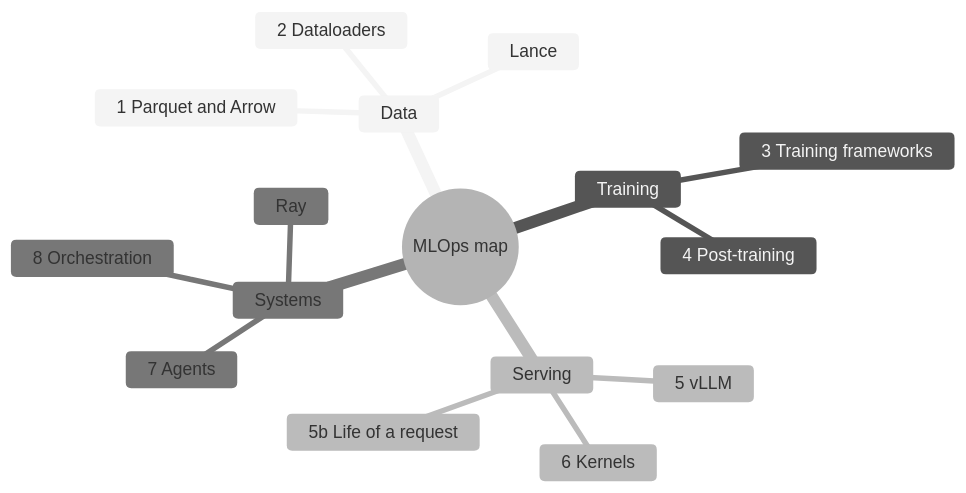
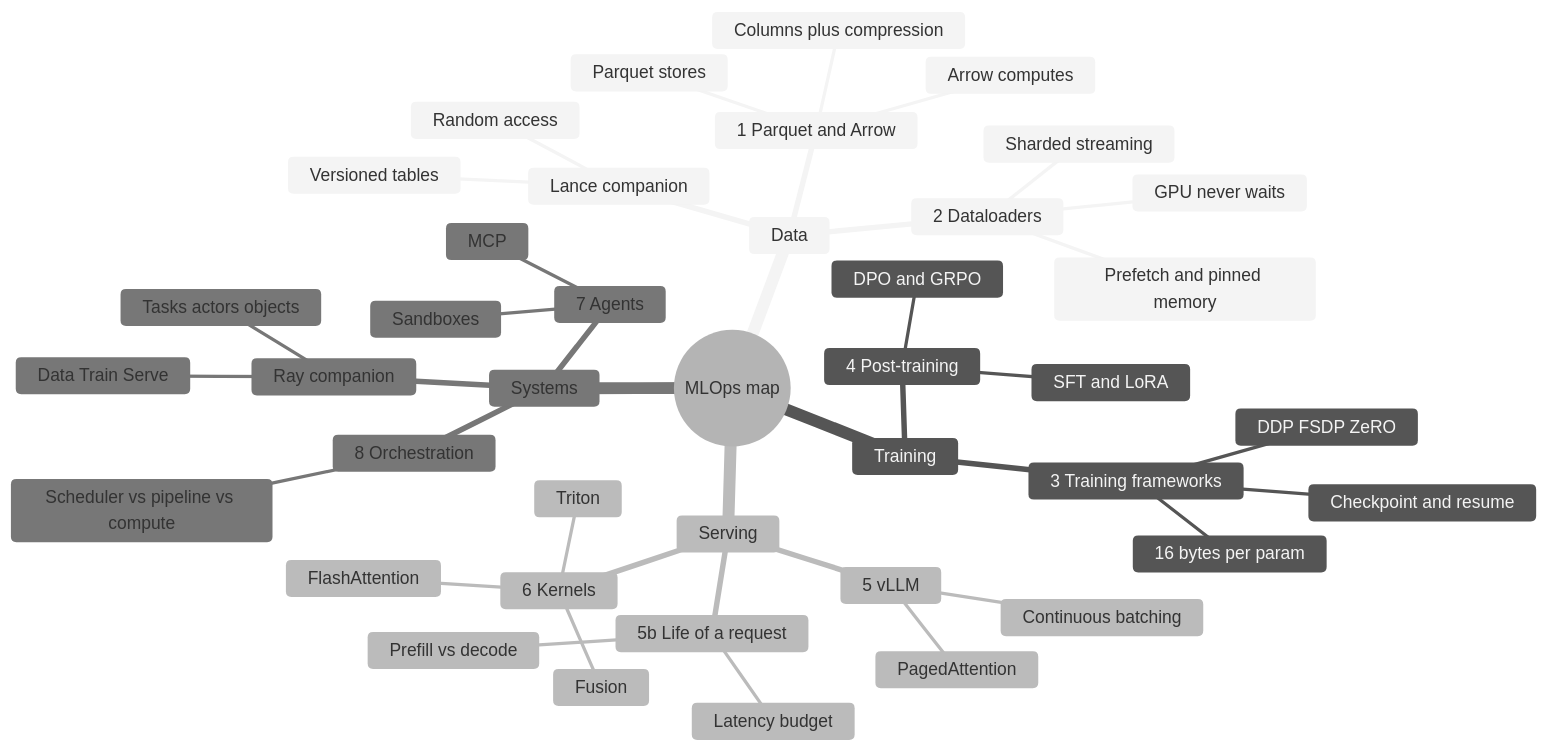
One commit to gopikrishtummala/gopikrishtummala.github.io changed the first of 2 diagrams in src/data/blog/mlops/infrastructure-first-mlops-roadmap.md. Above: the diagram before and after it, drawn with Mermaid (neutral theme). The commit also changed other lines of this file and 15 other files, not shown here.

First line of the commit message:
Restore every diagram removed in the style.md cleanup

````diff
--- a/src/data/blog/mlops/infrastructure-first-mlops-roadmap.md
+++ b/src/data/blog/mlops/infrastructure-first-mlops-roadmap.md
@@ -37,19 +37,44 @@
 ```mermaid
 mindmap
   root((MLOps map))
     Data
       1 Parquet and Arrow
+        Parquet stores
+        Arrow computes
+        Columns plus compression
+      Lance companion
+        Random access
+        Versioned tables
       2 Dataloaders
-      Lance
+        GPU never waits
+        Prefetch and pinned memory
+        Sharded streaming
     Training
       3 Training frameworks
+        DDP FSDP ZeRO
+        16 bytes per param
+        Checkpoint and resume
       4 Post-training
+        SFT and LoRA
+        DPO and GRPO
     Serving
       5 vLLM
+        PagedAttention
+        Continuous batching
       5b Life of a request
+        Prefill vs decode
+        Latency budget
       6 Kernels
+        Fusion
+        FlashAttention
+        Triton
     Systems
       7 Agents
+        MCP
+        Sandboxes
       8 Orchestration
-      Ray
+        Scheduler vs pipeline vs compute
+      Ray companion
+        Tasks actors objects
+        Data Train Serve
 ```
````
